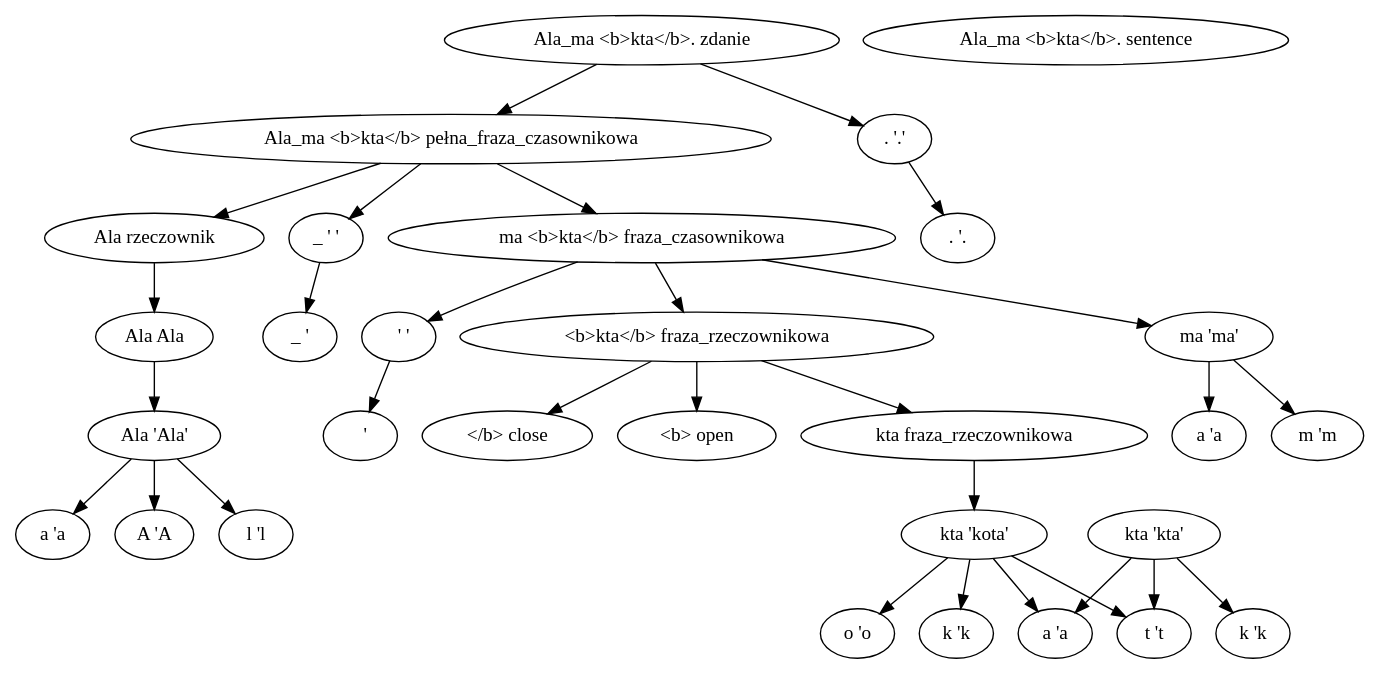
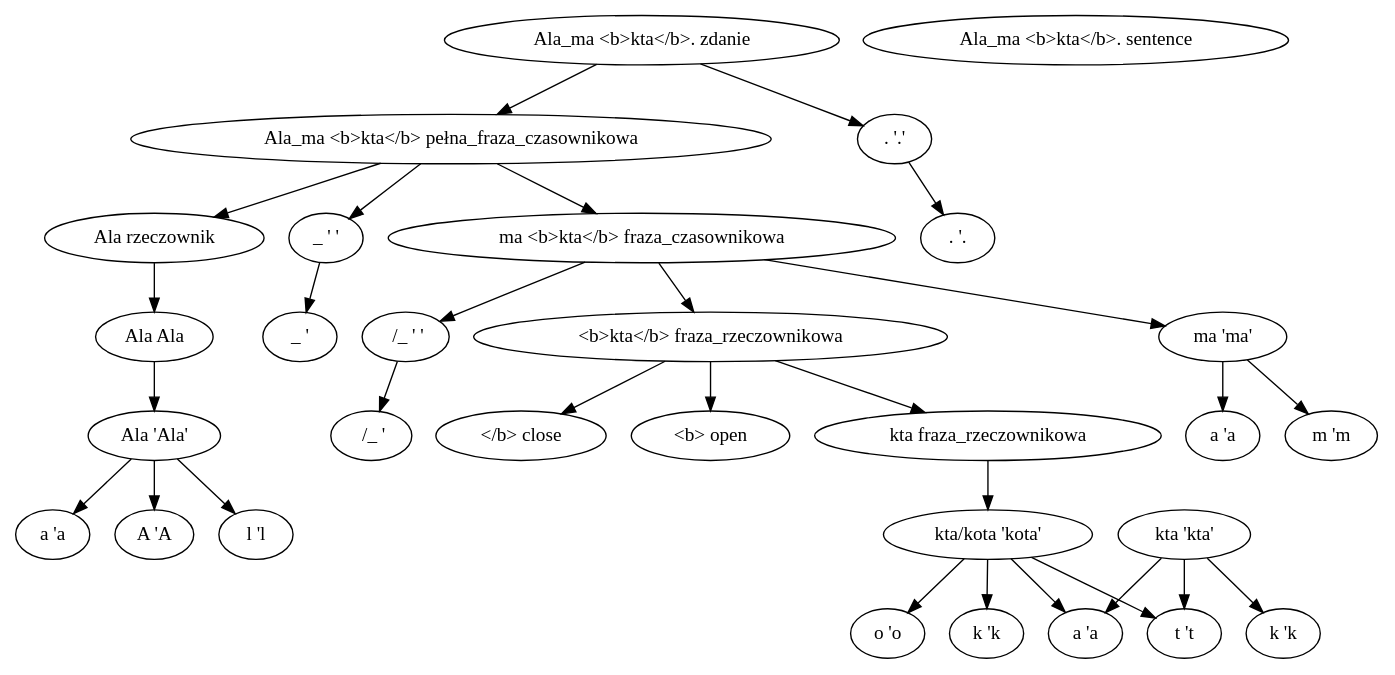
The diagram in formats/gv/m/tree-whole/pl_sample_nocomments.out.dot (mareksz/psi-toolkit), drawn with Graphviz before and after one commit. The commit also changed 7 other files, not shown here.

```diff
--- a/formats/gv/m/tree-whole/pl_sample_nocomments.out.dot
+++ b/formats/gv/m/tree-whole/pl_sample_nocomments.out.dot
@@ -1,63 +1,63 @@
 digraph g {
 	graph [rankdir=TB];
 	node [label="\N"];
 	1	 [label="A 'A"];
 	2	 [label="l 'l"];
 	3	 [label="a 'a"];
 	4	 [label="Ala 'Ala'"];
 	4 -> 1;
 	4 -> 2;
 	4 -> 3;
 	5	 [label="Ala Ala"];
 	5 -> 4;
 	6	 [label="Ala rzeczownik"];
 	6 -> 5;
 	7	 [label="_ ' "];
 	8	 [label="_ ' '"];
 	8 -> 7;
 	9	 [label="m 'm"];
 	10	 [label="a 'a"];
 	11	 [label="ma 'ma'"];
 	11 -> 9;
 	11 -> 10;
-	12	 [label="&nbsp; ' "];
-	13	 [label="&nbsp; ' '"];
+	12	 [label="&nbsp;/_ ' "];
+	13	 [label="&nbsp;/_ ' '"];
 	13 -> 12;
 	14	 [label="<b> open"];
 	15	 [label="k 'k"];
 	16	 [label="k 'k"];
 	17	 [label="o 'o"];
 	18	 [label="t 't"];
 	19	 [label="a 'a"];
 	20	 [label="kta 'kta'"];
 	20 -> 16;
 	20 -> 18;
 	20 -> 19;
-	21	 [label="kta 'kota'"];
+	21	 [label="kta/kota 'kota'"];
 	21 -> 15;
 	21 -> 17;
 	21 -> 18;
 	21 -> 19;
 	22	 [label="kta fraza_rzeczownikowa"];
 	22 -> 21;
 	23	 [label="</b> close"];
 	24	 [label="<b>kta</b> fraza_rzeczownikowa"];
 	24 -> 14;
 	24 -> 22;
 	24 -> 23;
 	25	 [label="ma&nbsp;<b>kta</b> fraza_czasownikowa"];
 	25 -> 11;
 	25 -> 13;
 	25 -> 24;
 	26	 [label="Ala_ma&nbsp;<b>kta</b> pełna_fraza_czasownikowa"];
 	26 -> 6;
 	26 -> 8;
 	26 -> 25;
 	27	 [label=". '."];
 	28	 [label=". '.'"];
 	28 -> 27;
 	29	 [label="Ala_ma&nbsp;<b>kta</b>. sentence"];
 	30	 [label="Ala_ma&nbsp;<b>kta</b>. zdanie"];
 	30 -> 26;
 	30 -> 28;
 }
```
